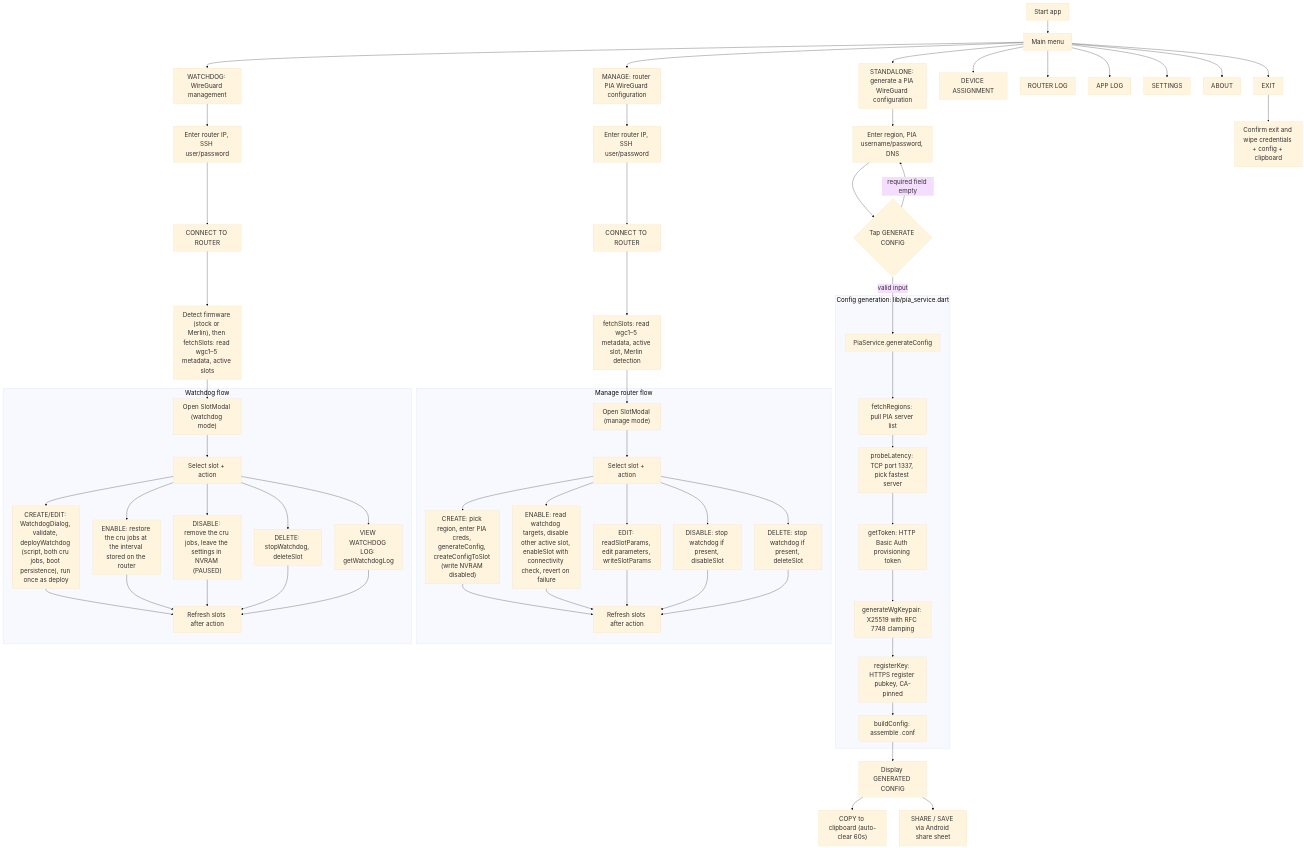
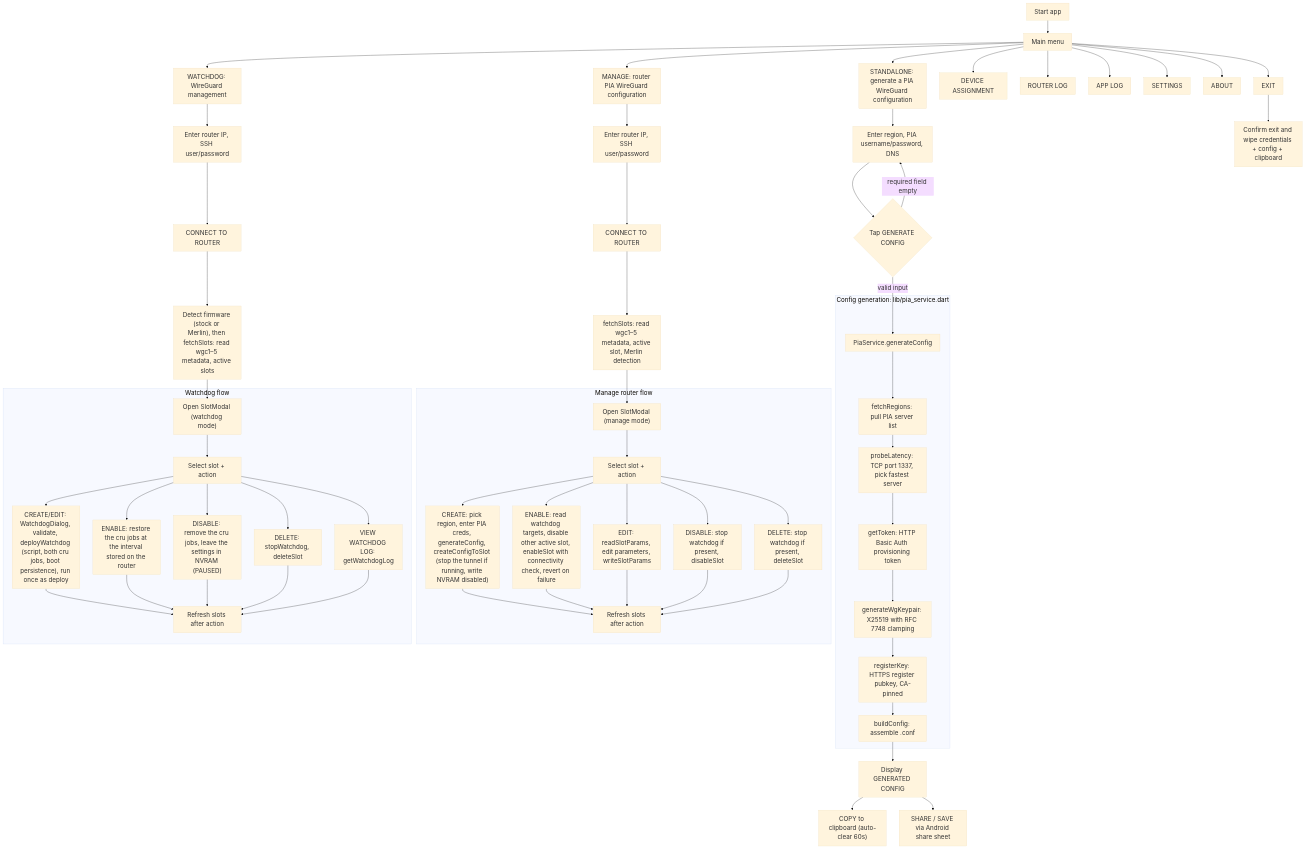
The first of 4 diagrams in ARCHITECTURE.md (ExponentiallyDigital/cfg-pia-wg), drawn with Mermaid before and after one commit. The commit also changed 5 other files, not shown here.

Commit message:
Manage - CREATE over a running slot stops the old tunnel first

````diff
--- a/ARCHITECTURE.md
+++ b/ARCHITECTURE.md
@@ -141,81 +141,81 @@
 ```mermaid
 graph TD
 %%{init: {
   'theme': 'base',
   'themeVariables': {
     'fontSize': '24px'
   },
   'flowchart': {
     'subGraphTitleMargin': { 'top': 1,
     'bottom': 15}
   }
 }}%%
     A["Start app"] --> B["Main menu"]
     B --> C["STANDALONE: generate a PIA WireGuard configuration"]
     B --> D["MANAGE: router PIA WireGuard configuration"]
     B --> E["WATCHDOG: WireGuard management"]
     B --> MDA["DEVICE ASSIGNMENT"]
     B --> MRL["ROUTER LOG"]
     B --> F["APP LOG"]
     B --> MSET["SETTINGS"]
     B --> MABOUT["ABOUT"]
     B --> G["EXIT"]
 
     C --> H["Enter region, PIA username/password, DNS"]
     H --> I{"Tap GENERATE CONFIG"}
     I -->|"required field empty"| H
     I -->|"valid input"| J["PiaService.generateConfig"]
 
     subgraph GEN["Config generation: lib/pia_service.dart"]
         J --> J1["fetchRegions: pull PIA server list"]
         J1 --> J2["probeLatency: TCP port 1337, pick fastest server"]
         J2 --> J3["getToken: HTTP Basic Auth provisioning token"]
         J3 --> J4["generateWgKeypair: X25519 with RFC 7748 clamping"]
         J4 --> J5["registerKey: HTTPS register pubkey, CA-pinned"]
         J5 --> J6["buildConfig: assemble .conf"]
     end
 
     J6 --> K["Display GENERATED CONFIG"]
     K --> L["COPY to clipboard (auto-clear 60s)"]
     K --> M["SHARE / SAVE via Android share sheet"]
 
     D --> D1["Enter router IP, SSH user/password"]
     D1 --> D2["CONNECT TO ROUTER"]
     D2 --> D3["fetchSlots: read wgc1–5 metadata, active slot, Merlin detection"]
     D3 --> D4["Open SlotModal (manage mode)"]
 
     subgraph MGR["Manage router flow"]
       D4 --> D5["Select slot + action"]
-      D5 --> D5a["CREATE: pick region, enter PIA creds, generateConfig, createConfigToSlot (write NVRAM disabled)"]
+      D5 --> D5a["CREATE: pick region, enter PIA creds, generateConfig, createConfigToSlot (stop the tunnel if running, write NVRAM disabled)"]
       D5 --> D5b["ENABLE: read watchdog targets, disable other active slot, enableSlot with connectivity check, revert on failure"]
       D5 --> D5c["EDIT: readSlotParams, edit parameters, writeSlotParams"]
       D5 --> D5d["DISABLE: stop watchdog if present, disableSlot"]
       D5 --> D5e["DELETE: stop watchdog if present, deleteSlot"]
       D5a --> D5f["Refresh slots after action"]
       D5b --> D5f
       D5c --> D5f
       D5d --> D5f
       D5e --> D5f
     end
 
     E --> E1["Enter router IP, SSH user/password"]
     E1 --> E2["CONNECT TO ROUTER"]
     E2 --> E3["Detect firmware (stock or Merlin), then fetchSlots: read wgc1–5 metadata, active slots"]
     E3 --> E4["Open SlotModal (watchdog mode)"]
 
     subgraph WD["Watchdog flow"]
       E4 --> E5["Select slot + action"]
       E5 --> E5a["CREATE/EDIT: WatchdogDialog, validate, deployWatchdog (script, both cru jobs, boot persistence), run once as deploy"]
       E5 --> E5b["ENABLE: restore the cru jobs at the interval stored on the router"]
       E5 --> E5c["DISABLE: remove the cru jobs, leave the settings in NVRAM (PAUSED)"]
       E5 --> E5d["DELETE: stopWatchdog, deleteSlot"]
       E5 --> E5e["VIEW WATCHDOG LOG: getWatchdogLog"]
       E5a --> E5f["Refresh slots after action"]
       E5b --> E5f
       E5c --> E5f
       E5d --> E5f
       E5e --> E5f
     end
 
     G --> R["Confirm exit and wipe credentials + config + clipboard"]
 ```
````
